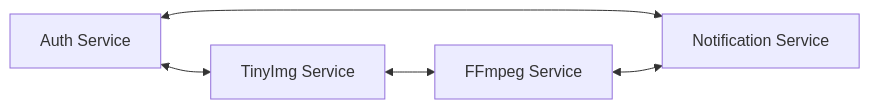
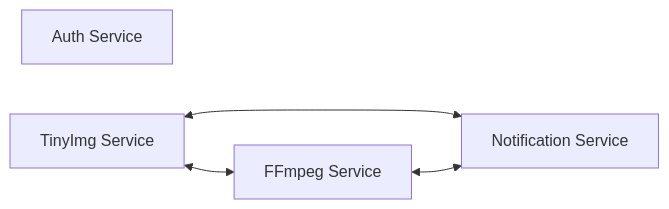
One commit to MateuxDotDev/tiny-img changed the diagram in README.md. Above: the diagram before and after it, drawn with Mermaid. The commit also changed 49 other files, not shown here.

First line of the commit message:
Setup TinyImg service (#10)

````diff
--- a/README.md
+++ b/README.md
@@ -12,7 +12,8 @@
 ```mermaid
 graph LR
-    A[Auth Service] <--> B[TinyImg Service]
-    A <--> C[Notification Service]
+    A[Auth Service]
+    B[TinyImg Service]
+    B <--> C[Notification Service]
     B <--> D[FFmpeg Service]
     D <--> C
 ```
````
